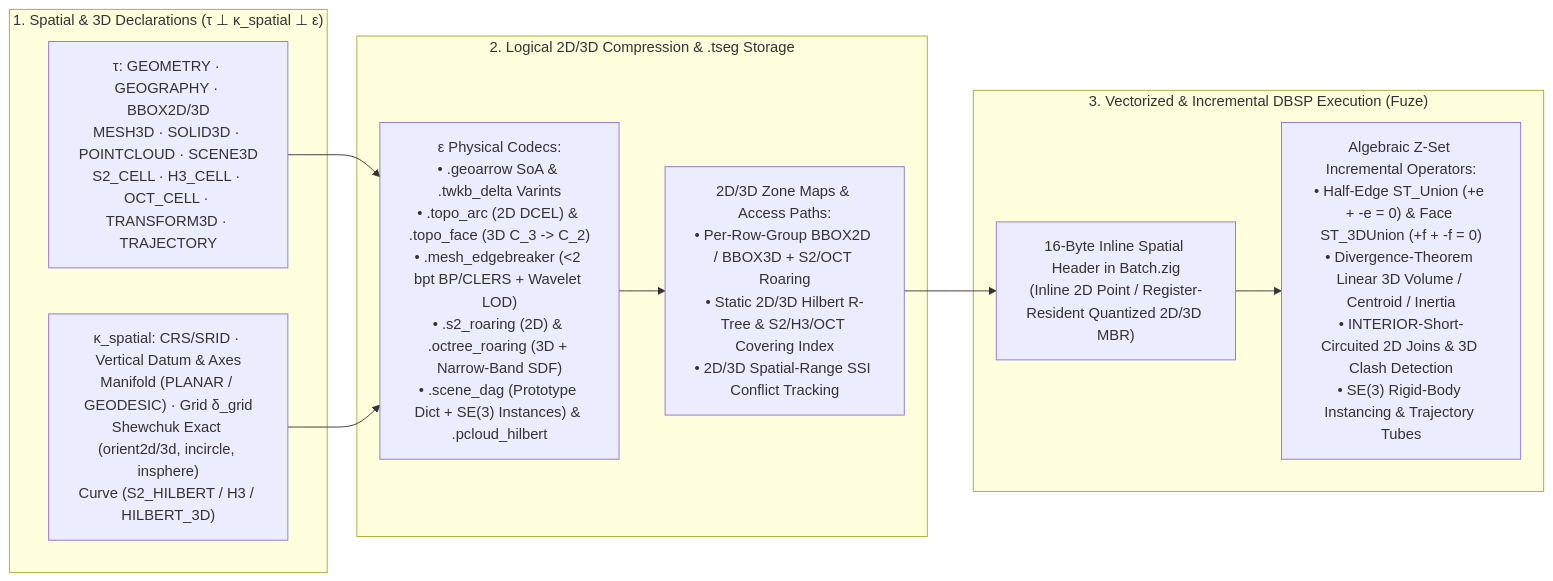
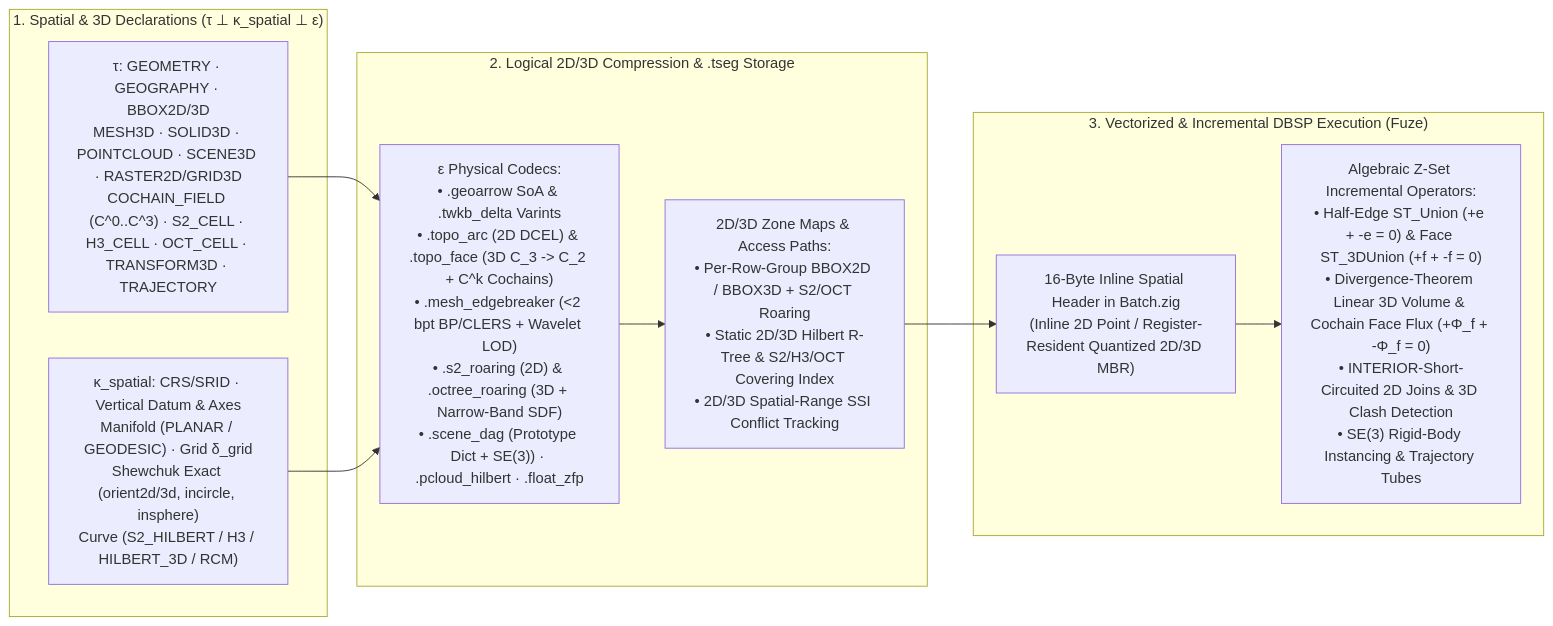
The diagram in docs/roadmap/17-geospatial-and-spatio-temporal-computing.md (spoke-sh/transit), drawn with Mermaid before and after one commit. The commit also changed other lines of this file and 6 other files, not shown here.

Commit message:
docs(roadmap): add fluid dynamics and scientific simulation primitives to M17-M19

````diff
--- a/docs/roadmap/17-geospatial-and-spatio-temporal-computing.md
+++ b/docs/roadmap/17-geospatial-and-spatio-temporal-computing.md
@@ -188,22 +222,22 @@
 ```mermaid
 flowchart LR
   subgraph Declare["1. Spatial & 3D Declarations (τ ⊥ κ_spatial ⊥ ε)"]
-    Types["τ: GEOMETRY · GEOGRAPHY · BBOX2D/3D\nMESH3D · SOLID3D · POINTCLOUD · SCENE3D\nS2_CELL · H3_CELL · OCT_CELL · TRANSFORM3D · TRAJECTORY"]
-    Kappa["κ_spatial: CRS/SRID · Vertical Datum & Axes\nManifold (PLANAR / GEODESIC) · Grid δ_grid\nShewchuk Exact (orient2d/3d, incircle, insphere)\nCurve (S2_HILBERT / H3 / HILBERT_3D)"]
+    Types["τ: GEOMETRY · GEOGRAPHY · BBOX2D/3D\nMESH3D · SOLID3D · POINTCLOUD · SCENE3D · RASTER2D/GRID3D\nCOCHAIN_FIELD (C^0..C^3) · S2_CELL · H3_CELL · OCT_CELL · TRANSFORM3D · TRAJECTORY"]
+    Kappa["κ_spatial: CRS/SRID · Vertical Datum & Axes\nManifold (PLANAR / GEODESIC) · Grid δ_grid\nShewchuk Exact (orient2d/3d, incircle, insphere)\nCurve (S2_HILBERT / H3 / HILBERT_3D / RCM)"]
   end
 
   subgraph Storage["2. Logical 2D/3D Compression & .tseg Storage"]
-    Codecs["ε Physical Codecs:\n• .geoarrow SoA & .twkb_delta Varints\n• .topo_arc (2D DCEL) & .topo_face (3D C_3 -> C_2)\n• .mesh_edgebreaker (<2 bpt BP/CLERS + Wavelet LOD)\n• .s2_roaring (2D) & .octree_roaring (3D + Narrow-Band SDF)\n• .scene_dag (Prototype Dict + SE(3) Instances) & .pcloud_hilbert"]
+    Codecs["ε Physical Codecs:\n• .geoarrow SoA & .twkb_delta Varints\n• .topo_arc (2D DCEL) & .topo_face (3D C_3 -> C_2 + C^k Cochains)\n• .mesh_edgebreaker (<2 bpt BP/CLERS + Wavelet LOD)\n• .s2_roaring (2D) & .octree_roaring (3D + Narrow-Band SDF)\n• .scene_dag (Prototype Dict + SE(3)) · .pcloud_hilbert · .float_zfp"]
     Indexes["2D/3D Zone Maps & Access Paths:\n• Per-Row-Group BBOX2D / BBOX3D + S2/OCT Roaring\n• Static 2D/3D Hilbert R-Tree & S2/H3/OCT Covering Index\n• 2D/3D Spatial-Range SSI Conflict Tracking"]
   end
 
   subgraph Exec["3. Vectorized & Incremental DBSP Execution (Fuze)"]
     Inline["16-Byte Inline Spatial Header in Batch.zig\n(Inline 2D Point / Register-Resident Quantized 2D/3D MBR)"]
-    DBSP["Algebraic Z-Set Incremental Operators:\n• Half-Edge ST_Union (+e + -e = 0) & Face ST_3DUnion (+f + -f = 0)\n• Divergence-Theorem Linear 3D Volume / Centroid / Inertia\n• INTERIOR-Short-Circuited 2D Joins & 3D Clash Detection\n• SE(3) Rigid-Body Instancing & Trajectory Tubes"]
+    DBSP["Algebraic Z-Set Incremental Operators:\n• Half-Edge ST_Union (+e + -e = 0) & Face ST_3DUnion (+f + -f = 0)\n• Divergence-Theorem Linear 3D Volume & Cochain Face Flux (+Φ_f + -Φ_f = 0)\n• INTERIOR-Short-Circuited 2D Joins & 3D Clash Detection\n• SE(3) Rigid-Body Instancing & Trajectory Tubes"]
   end
 
   Types --> Codecs
   Kappa --> Codecs
   Codecs --> Indexes
   Indexes --> Inline --> DBSP
 ```
````
